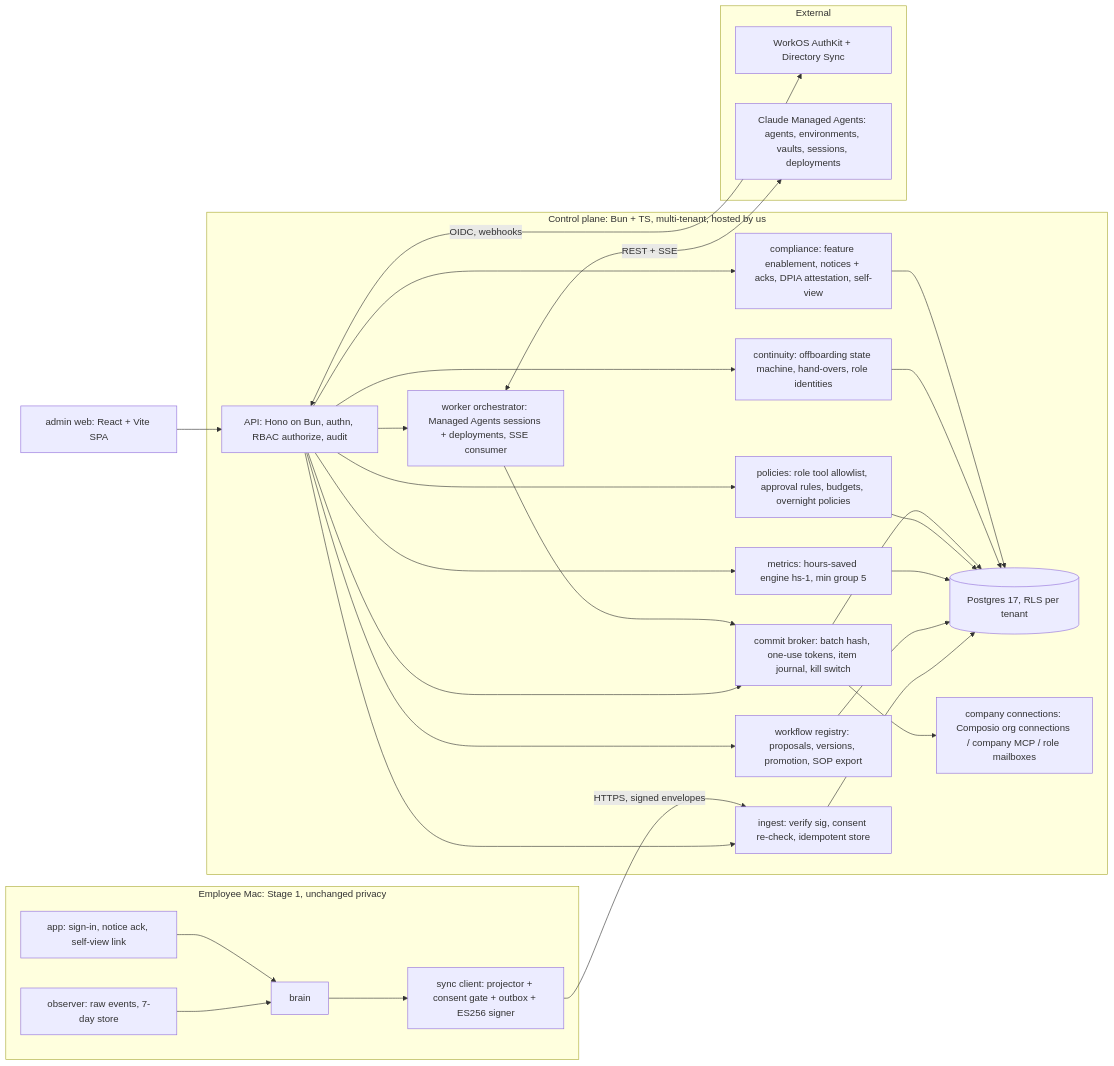
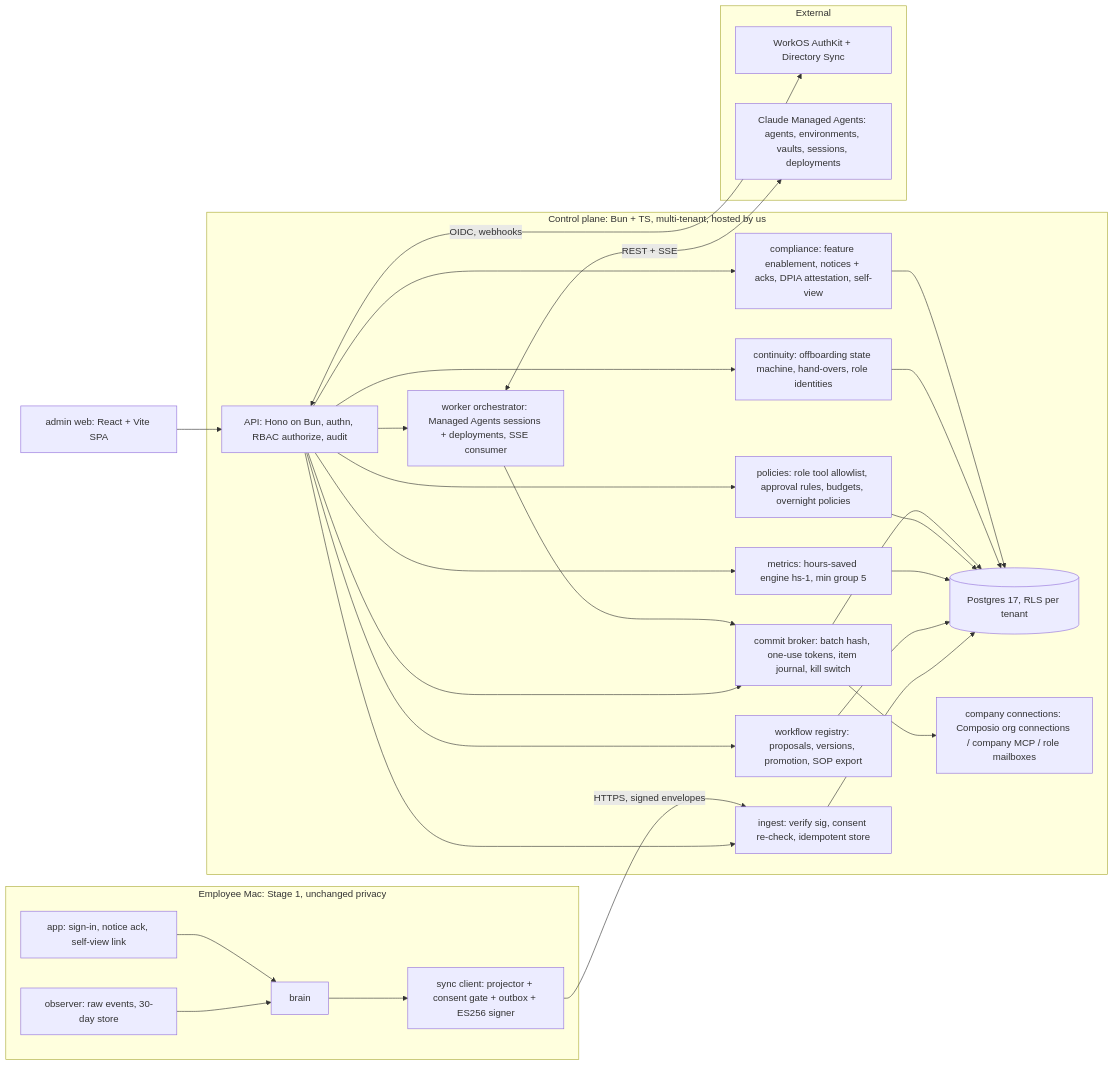
One commit to tabani-png/offload changed the diagram in plan/stage-2/plan.md. Above: the diagram before and after it, drawn with Mermaid. The commit also changed 77 other files, not shown here.

````diff
--- a/plan/stage-2/plan.md
+++ b/plan/stage-2/plan.md
@@ -22,29 +22,29 @@
 ```mermaid
 flowchart LR
   subgraph mac[Employee Mac: Stage 1, unchanged privacy]
-    OBS[observer: raw events, 7-day store] --> BR[brain]
+    OBS[observer: raw events, 30-day store] --> BR[brain]
     BR --> SC[sync client: projector + consent gate + outbox + ES256 signer]
     APP[app: sign-in, notice ack, self-view link] --> BR
   end
   subgraph cp[Control plane: Bun + TS, multi-tenant, hosted by us]
     EDGE[API: Hono on Bun, authn, RBAC authorize, audit] --> ING[ingest: verify sig, consent re-check, idempotent store]
     EDGE --> REG[workflow registry: proposals, versions, promotion, SOP export]
     EDGE --> MET[metrics: hours-saved engine hs-1, min group 5]
     EDGE --> POL[policies: role tool allowlist, approval rules, budgets, overnight policies]
     EDGE --> BRK[commit broker: batch hash, one-use tokens, item journal, kill switch]
     EDGE --> ORCH[worker orchestrator: Managed Agents sessions + deployments, SSE consumer]
     EDGE --> CON[continuity: offboarding state machine, hand-overs, role identities]
     EDGE --> CMP[compliance: feature enablement, notices + acks, DPIA attestation, self-view]
     ING & REG & MET & POL & BRK & CON & CMP --> PG[(Postgres 17, RLS per tenant)]
     ORCH --> BRK
     BRK --> CONN[company connections: Composio org connections / company MCP / role mailboxes]
   end
   subgraph ext[External]
     WOS[WorkOS AuthKit + Directory Sync]
     CMA[Claude Managed Agents: agents, environments, vaults, sessions, deployments]
   end
   WEB[admin web: React + Vite SPA] --> EDGE
   SC -->|HTTPS, signed envelopes| ING
   EDGE <-->|OIDC, webhooks| WOS
   ORCH <-->|REST + SSE| CMA
 ```
````
